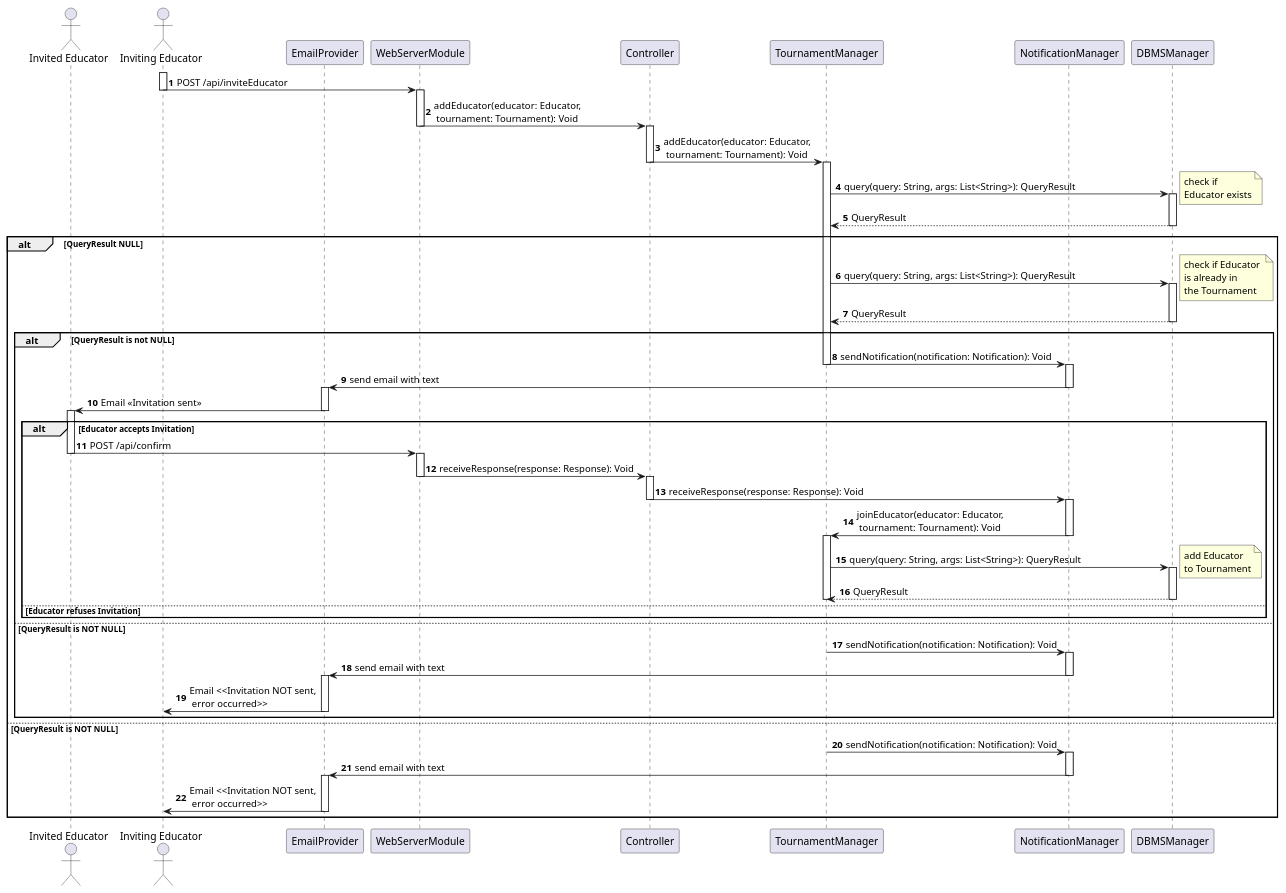
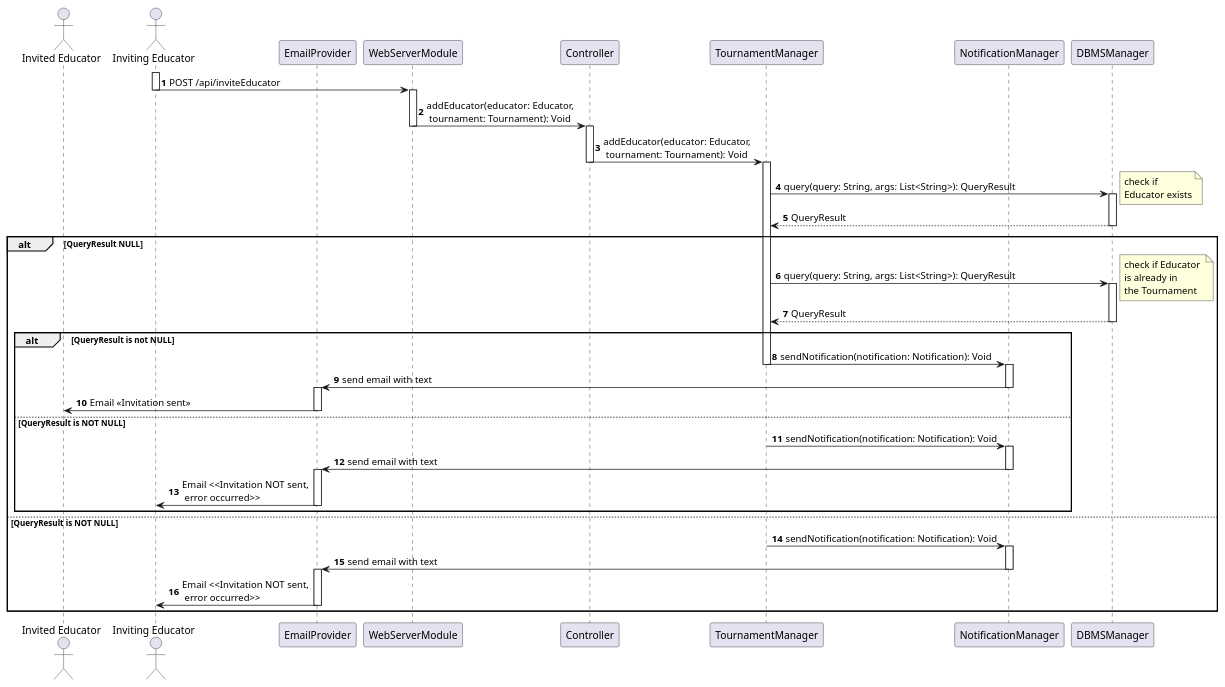
The diagram in _DD/Images/sequenceDiagrams/inviteEducator.wsd (Angelo7672/SE2_Requirement-and-Design-Document), drawn with PlantUML before and after one commit. The commit also changed 4 other files, not shown here.

Commit message:
sequence 2.4 2.5. 2.6 2.7 fix

```diff
--- a/_DD/Images/sequenceDiagrams/inviteEducator.wsd
+++ b/_DD/Images/sequenceDiagrams/inviteEducator.wsd
@@ -1,95 +1,70 @@
 @startuml
 
 autonumber
 
 actor "Invited Educator" as U2
 actor "Inviting Educator" as U1
 participant EmailProvider as EP
 participant WebServerModule as WS
 participant Controller as C
 participant TournamentManager as TM
 participant NotificationManager as NM
 participant DBMSManager as DBMS
 
 activate U1
 U1 -> WS: POST /api/inviteEducator
 deactivate U1
 activate WS
 WS -> C: addEducator(educator: Educator,\n tournament: Tournament): Void
 deactivate WS
 activate C
 C -> TM: addEducator(educator: Educator,\n tournament: Tournament): Void
 deactivate C
 activate TM
 TM -> DBMS: query(query: String, args: List<String>): QueryResult
 activate DBMS
 note right
     check if 
     Educator exists
 end note
 DBMS --> TM: QueryResult
 deactivate DBMS
 alt QueryResult NULL
     TM -> DBMS: query(query: String, args: List<String>): QueryResult
     activate DBMS
     note right
         check if Educator 
         is already in 
         the Tournament
     end note
     DBMS --> TM: QueryResult
     deactivate DBMS
     alt QueryResult is not NULL
         TM -> NM: sendNotification(notification: Notification): Void
         deactivate TM
         activate NM
         NM -> EP: send email with text
         deactivate NM
         activate EP
         EP -> U2: Email <<Invitation sent>>
         deactivate EP
-        activate U2
-        alt Educator accepts Invitation
-            U2 -> WS: POST /api/confirm
-            deactivate U2
-            activate WS
-            WS -> C: receiveResponse(response: Response): Void
-            deactivate WS
-            activate C
-            C -> NM: receiveResponse(response: Response): Void
-            deactivate C
-            activate NM
-            NM -> TM: joinEducator(educator: Educator,\n tournament: Tournament): Void
-            deactivate NM
-            activate TM
-            TM -> DBMS: query(query: String, args: List<String>): QueryResult
-            activate DBMS
-            note right
-                add Educator 
-                to Tournament
-            end note
-            DBMS --> TM: QueryResult
-            deactivate DBMS
-            deactivate TM
-        else Educator refuses Invitation
-        end
     else QueryResult is NOT NULL
         TM -> NM: sendNotification(notification: Notification): Void
         activate NM
         NM -> EP: send email with text
         deactivate NM
         activate EP
         EP -> U1: Email <<Invitation NOT sent,\n error occurred>>
         deactivate EP
     end
 else QueryResult is NOT NULL
     TM -> NM: sendNotification(notification: Notification): Void
     activate NM
     NM -> EP: send email with text
     deactivate NM
     activate EP
     EP -> U1: Email <<Invitation NOT sent,\n error occurred>>
     deactivate EP
 end
 
 @enduml
```
